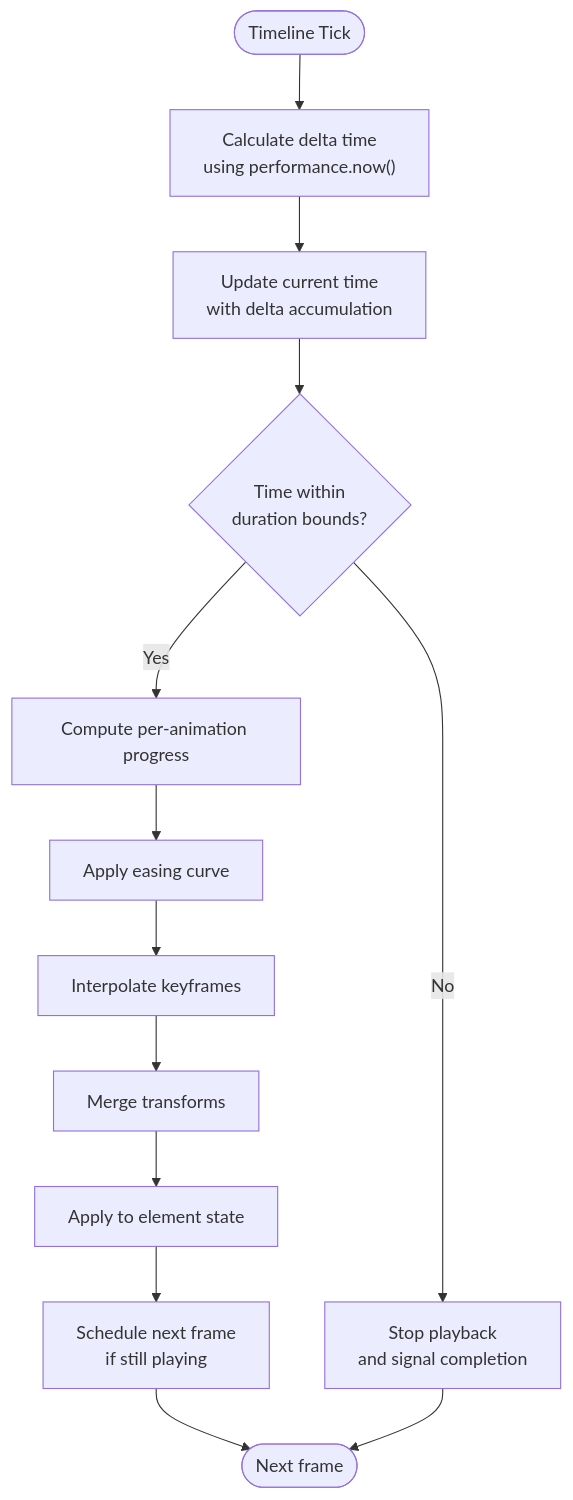
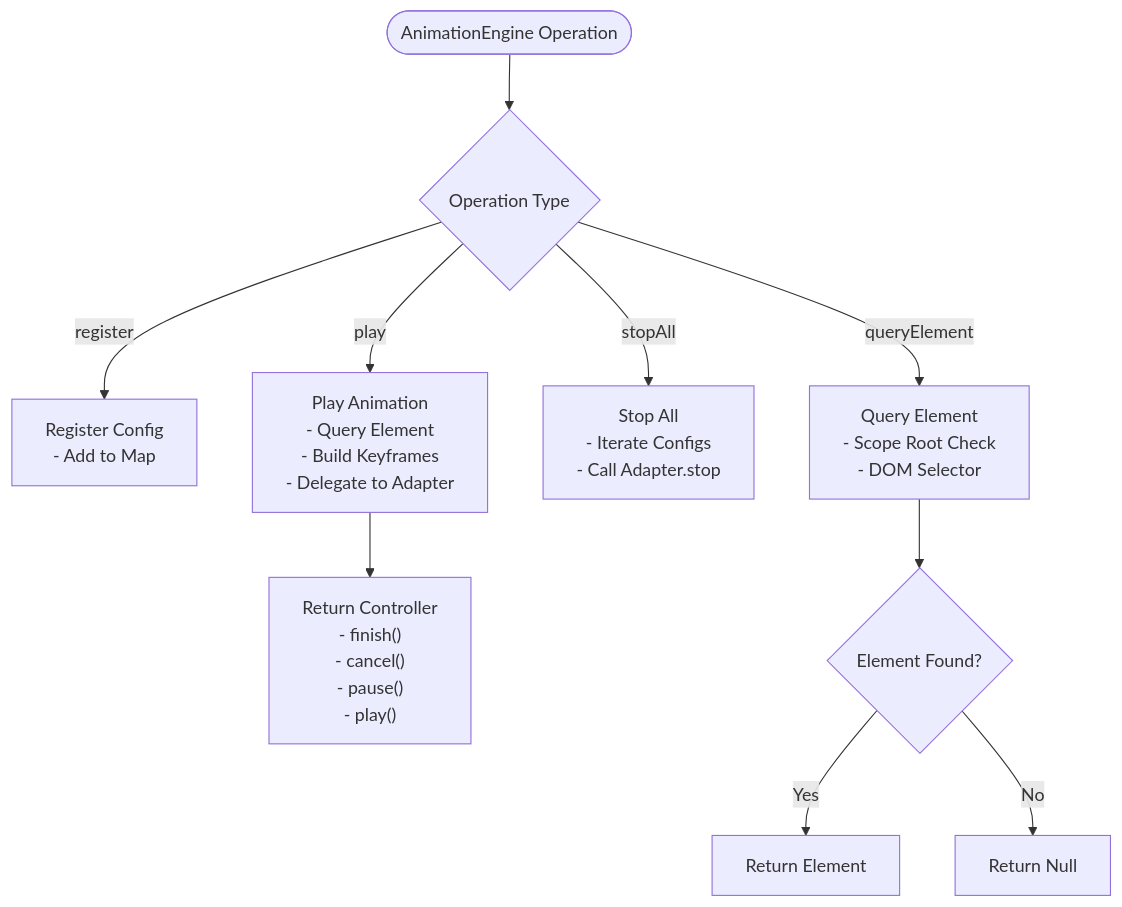
Before and after one commit to Anna0314zy/ai_editor_enginer: the third of 7 diagrams in .qoder/repowiki/en/content/Animation System/Animation System.md, drawn with Mermaid. The commit also changed other lines of this file and 10 other files, not shown here.

````diff
--- a/.qoder/repowiki/en/content/Animation System/Animation System.md
+++ b/.qoder/repowiki/en/content/Animation System/Animation System.md
@@ -182,15 +193,12 @@
 ```mermaid
 flowchart TD
-Start(["Timeline Tick"]) --> CalcDelta["Calculate delta time<br/>using performance.now()"]
-CalcDelta --> UpdateTime["Update current time<br/>with delta accumulation"]
-UpdateTime --> CheckBounds{"Time within<br/>duration bounds?"}
-CheckBounds --> |Yes| CalcProgress["Compute per-animation progress"]
-CheckBounds --> |No| StopPlayback["Stop playback<br/>and signal completion"]
-CalcProgress --> Easing["Apply easing curve"]
-Easing --> KeyframeInterp["Interpolate keyframes"]
-KeyframeInterp --> Merge["Merge transforms"]
-Merge --> Apply["Apply to element state"]
-Apply --> ScheduleNext["Schedule next frame<br/>if still playing"]
-ScheduleNext --> End(["Next frame"])
-StopPlayback --> End
+START(["AnimationEngine Operation"]) --> CHECK{"Operation Type"}
+CHECK --> |"register"| REG["Register Config<br/>- Add to Map"]
+CHECK --> |"play"| PLAY["Play Animation<br/>- Query Element<br/>- Build Keyframes<br/>- Delegate to Adapter"]
+CHECK --> |"stopAll"| STOPALL["Stop All<br/>- Iterate Configs<br/>- Call Adapter.stop"]
+CHECK --> |"queryElement"| QUERY["Query Element<br/>- Scope Root Check<br/>- DOM Selector"]
+PLAY --> CONTROLLER["Return Controller<br/>- finish()<br/>- cancel()<br/>- pause()<br/>- play()"]
+QUERY --> FOUND{"Element Found?"}
+FOUND --> |"Yes"| RETURN["Return Element"]
+FOUND --> |"No"| NULL["Return Null"]
 ```
````
